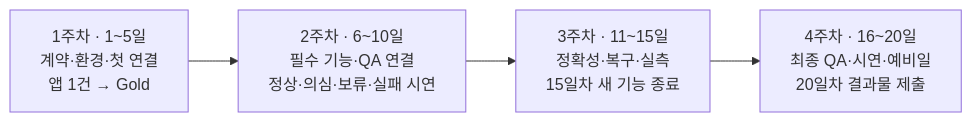
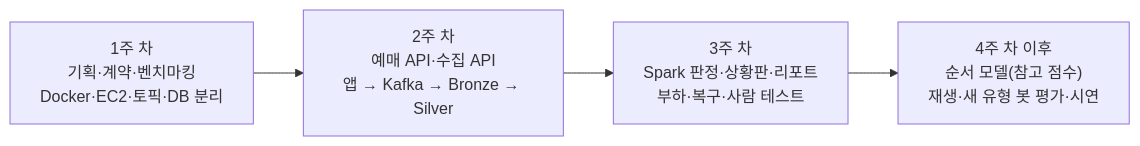
Before and after one commit to seoloo/MLO2_3rd_Project: the fifth of 5 diagrams in README.md, drawn with Mermaid. The commit also changed other lines of this file and 89 other files, not shown here.

````diff
--- a/README.md
+++ b/README.md
@@ -231,6 +251,6 @@
 ```mermaid
 flowchart LR
-    W1["1주차 · 1~5일<br/>계약·환경·첫 연결<br/>앱 1건 → Gold"] --> W2["2주차 · 6~10일<br/>필수 기능·QA 연결<br/>정상·의심·보류·실패 시연"]
-    W2 --> W3["3주차 · 11~15일<br/>정확성·복구·실측<br/>15일차 새 기능 종료"]
-    W3 --> W4["4주차 · 16~20일<br/>최종 QA·시연·예비일<br/>20일차 결과물 제출"]
+    W1["1주 차<br/>기획·계약·벤치마킹<br/>Docker·EC2·토픽·DB 분리"] --> W2["2주 차<br/>예매 API·수집 API<br/>앱 → Kafka → Bronze → Silver"]
+    W2 --> W3["3주 차<br/>Spark 판정·상황판·리포트<br/>부하·복구·사람 테스트"]
+    W3 --> W4["4주 차 이후<br/>순서 모델(참고 점수)<br/>재생·새 유형 봇 평가·시연"]
 ```
````
